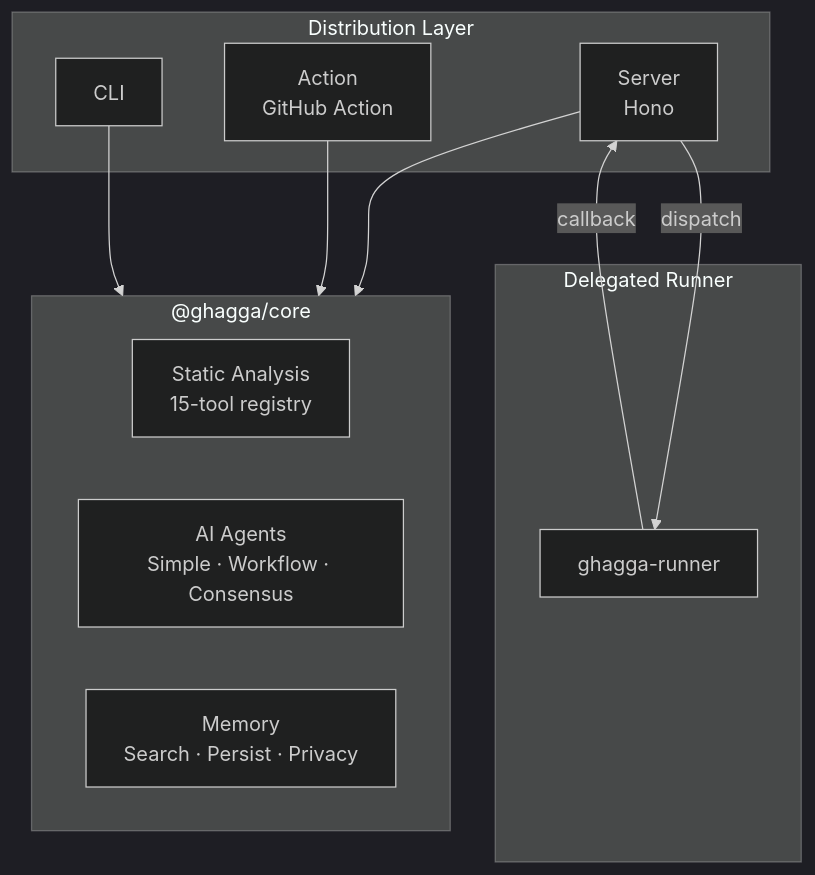
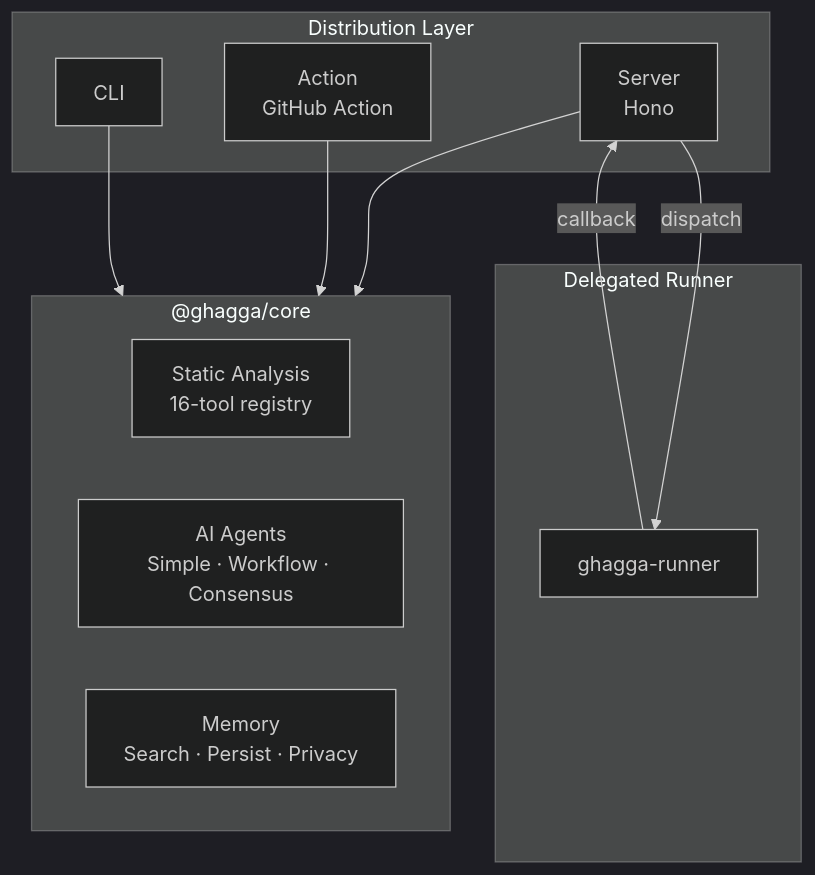
One commit to JNZader/ghagga changed the diagram in docs/README.md. Above: the diagram before and after it, drawn with Mermaid (dark theme). The commit also changed other lines of this file and 16 other files, not shown here.

````diff
--- a/docs/README.md
+++ b/docs/README.md
@@ -43,24 +43,24 @@
 ```mermaid
 graph TB
   subgraph Distribution["Distribution Layer"]
     Server["Server<br/>Hono"]
     Action["Action<br/>GitHub Action"]
     CLI["CLI"]
   end
 
   subgraph Runner["Delegated Runner"]
     RunnerRepo["ghagga-runner"]
   end
 
   subgraph Core["@ghagga/core"]
-    SA["Static Analysis<br/>15-tool registry"]
+    SA["Static Analysis<br/>16-tool registry"]
     Agents["AI Agents<br/>Simple · Workflow · Consensus"]
     Memory["Memory<br/>Search · Persist · Privacy"]
   end
 
   Server -- "dispatch" --> RunnerRepo
   RunnerRepo -- "callback" --> Server
   Server --> Core
   Action --> Core
   CLI --> Core
 ```
````
